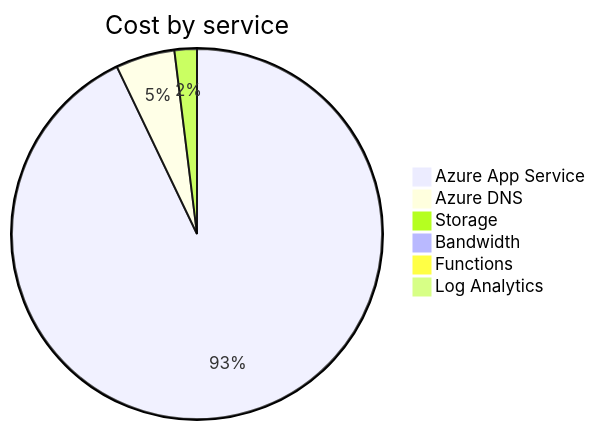
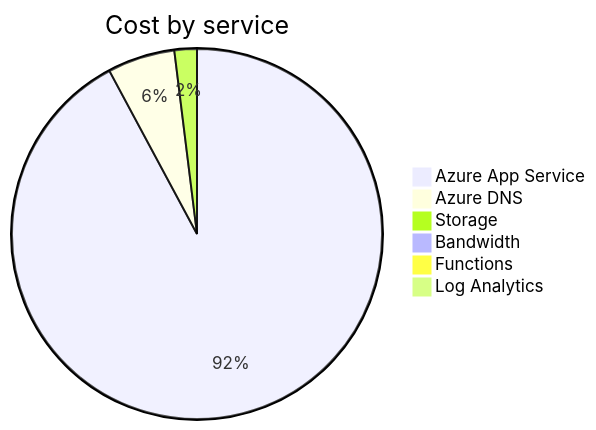
One commit to jpfulton/azure-personal-reports changed the second of 4 diagrams in cost-reports/accumulated-cost.md. Above: the diagram before and after it, drawn with Mermaid. The commit also changed other lines of this file and 4 other files, not shown here.

````diff
--- a/cost-reports/accumulated-cost.md
+++ b/cost-reports/accumulated-cost.md
@@ -98,10 +100,10 @@
 ```mermaid
 pie
    title Cost by service
-   "Azure App Service" : 17.11
-   "Azure DNS" : 0.95
-   "Storage" : 0.36
+   "Azure App Service" : 0.47
+   "Azure DNS" : 0.03
+   "Storage" : 0.01
    "Bandwidth" : 0.00
    "Functions" : 0.00
    "Log Analytics" : 0.00
 ```
````
